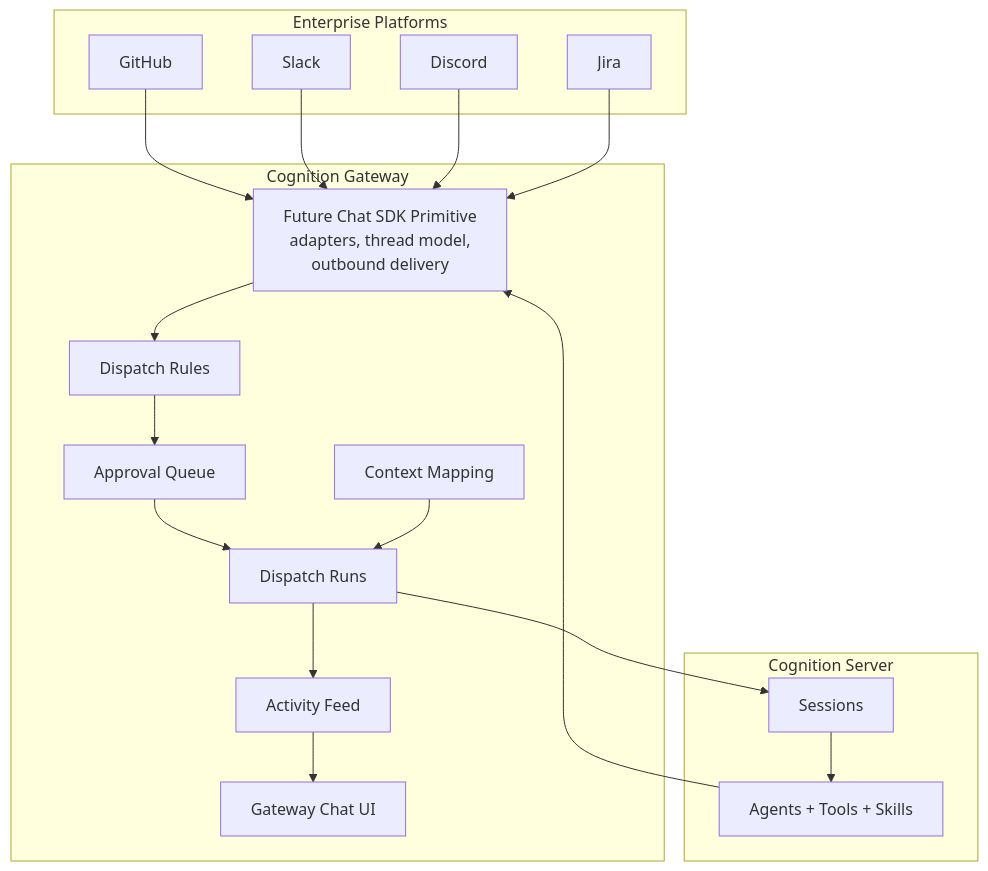
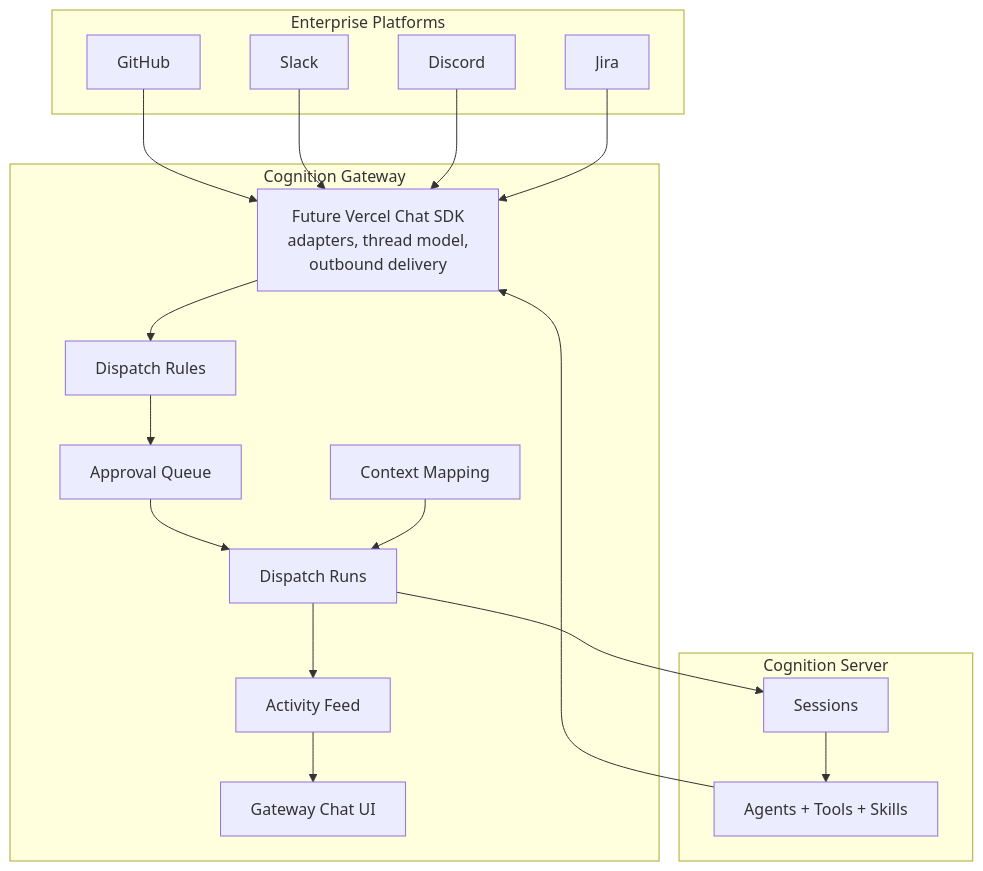
One commit to CognicellAI/Cognition-Gateway changed the second of 4 diagrams in docs/discussions/cognition-gateway-future-guidance.md. Above: the diagram before and after it, drawn with Mermaid. The commit also changed other lines of this file, not shown here.

Commit message:
docs: clarify vercel chat governance boundary

````diff
--- a/docs/discussions/cognition-gateway-future-guidance.md
+++ b/docs/discussions/cognition-gateway-future-guidance.md
@@ -127,39 +143,39 @@
 ```mermaid
 flowchart TD
     subgraph External["Enterprise Platforms"]
         GH[GitHub]
         SL[Slack]
         DC[Discord]
         JR[Jira]
     end
 
     subgraph Gateway["Cognition Gateway"]
-        ADAPT[Future Chat SDK Primitive\nadapters, thread model,\noutbound delivery]
+        ADAPT[Future Vercel Chat SDK\nadapters, thread model,\noutbound delivery]
         RULES[Dispatch Rules]
         RUNS[Dispatch Runs]
         APPROVAL[Approval Queue]
         FEED[Activity Feed]
         HITL[Gateway Chat UI]
         MAP[Context Mapping]
     end
 
     subgraph Cognition["Cognition Server"]
         SESS[Sessions]
         AGENT[Agents + Tools + Skills]
     end
 
     GH --> ADAPT
     SL --> ADAPT
     DC --> ADAPT
     JR --> ADAPT
 
     ADAPT --> RULES
     RULES --> APPROVAL
     APPROVAL --> RUNS
     RUNS --> SESS
     SESS --> AGENT
     AGENT --> ADAPT
     RUNS --> FEED
     FEED --> HITL
     MAP --> RUNS
 ```
````
